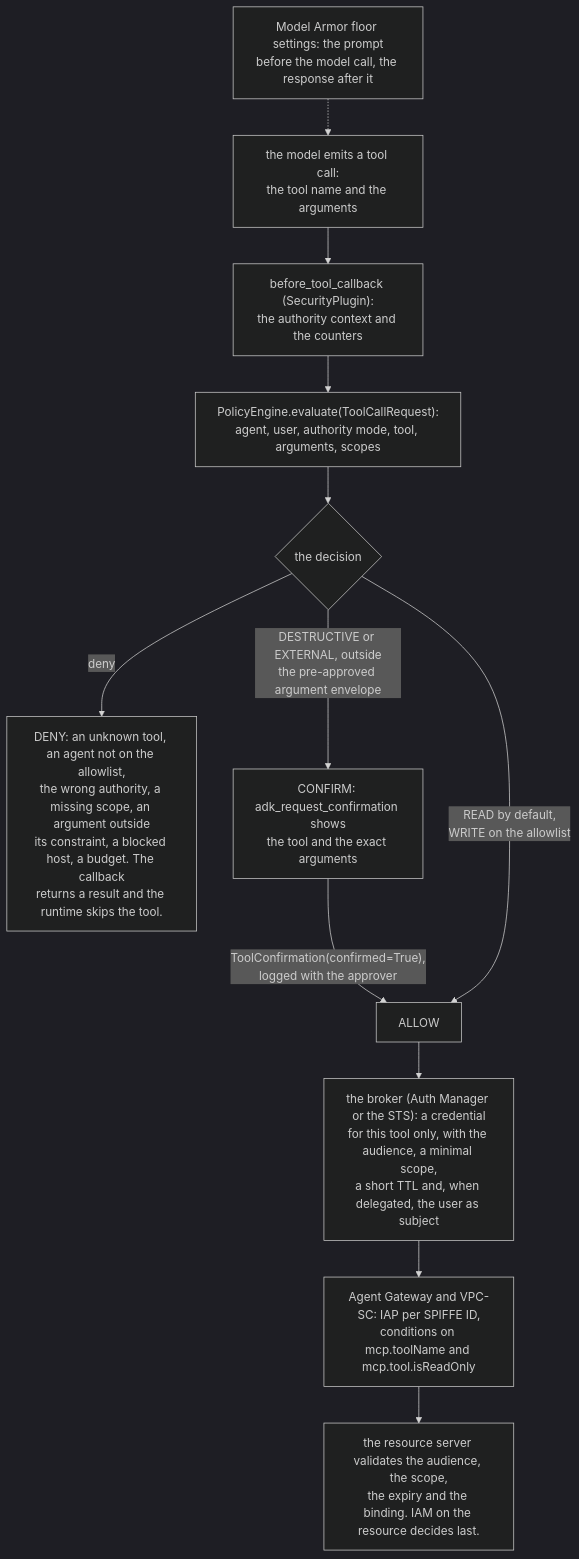
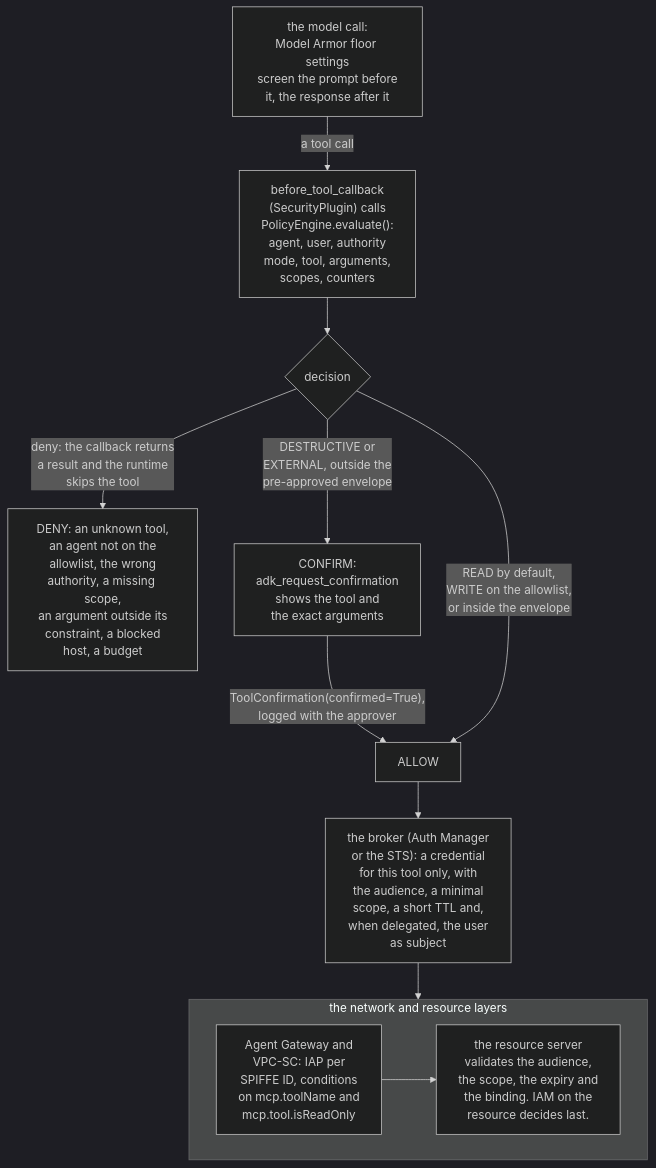
One commit to aniryou/full-stack-agentic-engineer changed the second of 3 diagrams in 06-gateway/identity-security/agentic-identity-gcp-lab/docs/primer.md. Above: the diagram before and after it, drawn with Mermaid (dark theme). The commit also changed other lines of this file and 29 other files, not shown here.

````diff
--- a/06-gateway/identity-security/agentic-identity-gcp-lab/docs/primer.md
+++ b/06-gateway/identity-security/agentic-identity-gcp-lab/docs/primer.md
@@ -200,14 +200,15 @@
 ```mermaid
 flowchart TB
-    MA["Model Armor floor settings: the prompt<br/>before the model call, the response after it"] -.-> MC
-    MC["the model emits a tool call:<br/>the tool name and the arguments"] --> BT["before_tool_callback (SecurityPlugin):<br/>the authority context and the counters"]
-    BT --> EV["PolicyEngine.evaluate(ToolCallRequest):<br/>agent, user, authority mode, tool, arguments, scopes"]
-    EV --> D{"the decision"}
-    D -- "deny" --> DENY["DENY: an unknown tool, an agent not on the allowlist,<br/>the wrong authority, a missing scope, an argument outside<br/>its constraint, a blocked host, a budget. The callback<br/>returns a result and the runtime skips the tool."]
-    D -- "DESTRUCTIVE or EXTERNAL, outside<br/>the pre-approved argument envelope" --> CONF["CONFIRM: adk_request_confirmation shows<br/>the tool and the exact arguments"]
+    MA["the model call:<br/>Model Armor floor settings<br/>screen the prompt before<br/>it, the response after it"] -- "a tool call" --> EV
+    EV["before_tool_callback<br/>(SecurityPlugin) calls<br/>PolicyEngine.evaluate():<br/>agent, user, authority<br/>mode, tool, arguments,<br/>scopes, counters"] --> D{"decision"}
+    D -- "deny: the callback returns<br/>a result and the runtime<br/>skips the tool" --> DENY["DENY: an unknown tool,<br/>an agent not on the<br/>allowlist, the wrong<br/>authority, a missing scope,<br/>an argument outside its<br/>constraint, a blocked<br/>host, a budget"]
+    D -- "DESTRUCTIVE or<br/>EXTERNAL, outside the<br/>pre-approved envelope" --> CONF["CONFIRM:<br/>adk_request_confirmation<br/>shows the tool and<br/>the exact arguments"]
     CONF -- "ToolConfirmation(confirmed=True),<br/>logged with the approver" --> ALLOW
-    D -- "READ by default,<br/>WRITE on the allowlist" --> ALLOW["ALLOW"]
-    ALLOW --> BR["the broker (Auth Manager or the STS): a credential<br/>for this tool only, with the audience, a minimal scope,<br/>a short TTL and, when delegated, the user as subject"]
-    BR --> GW["Agent Gateway and VPC-SC: IAP per SPIFFE ID,<br/>conditions on mcp.toolName and mcp.tool.isReadOnly"]
-    GW --> RS["the resource server validates the audience, the scope,<br/>the expiry and the binding. IAM on the resource decides last."]
+    D -- "READ by default,<br/>WRITE on the allowlist,<br/>or inside the envelope" --> ALLOW["ALLOW"]
+    ALLOW --> BR["the broker (Auth Manager<br/>or the STS): a credential<br/>for this tool only, with<br/>the audience, a minimal<br/>scope, a short TTL and,<br/>when delegated, the user<br/>as subject"]
+    BR --> NR
+    subgraph NR ["the network and resource layers"]
+        direction LR
+        GW["Agent Gateway and<br/>VPC-SC: IAP per<br/>SPIFFE ID, conditions<br/>on mcp.toolName and<br/>mcp.tool.isReadOnly"] --> RS["the resource server<br/>validates the audience,<br/>the scope, the expiry and<br/>the binding. IAM on the<br/>resource decides last."]
+    end
 ```
````
